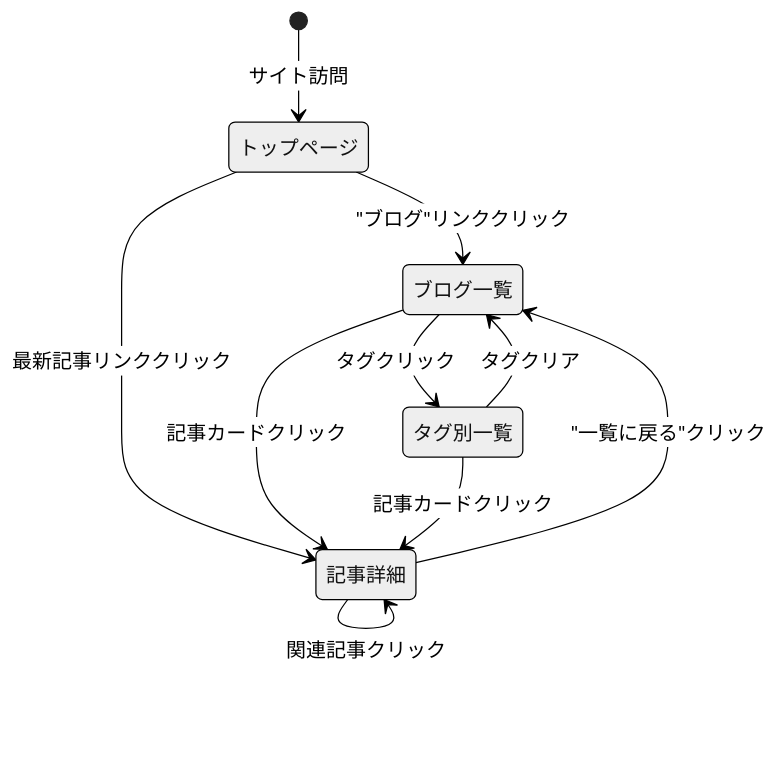
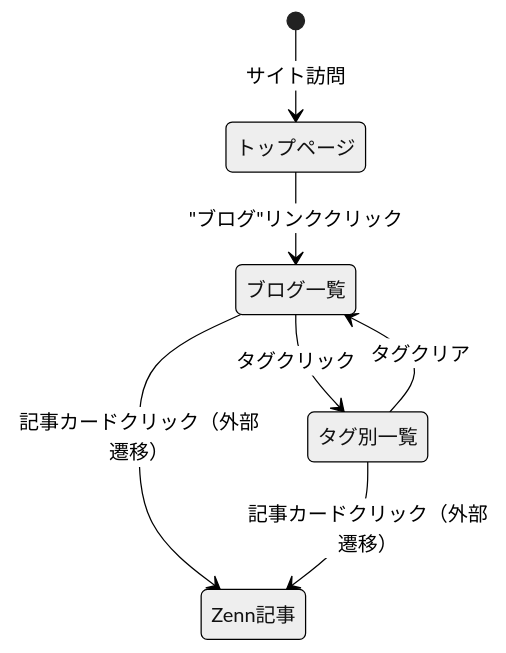
Before and after one commit to m-i-z-L/portfolio: the third of 5 diagrams in docs/functional-design.md, drawn with Mermaid (neutral theme). The commit also changed other lines of this file and 5 other files, not shown here.

````diff
--- a/docs/functional-design.md
+++ b/docs/functional-design.md
@@ -296,12 +283,9 @@
 ```mermaid
 stateDiagram-v2
     [*] --> トップページ: サイト訪問
     トップページ --> ブログ一覧: "ブログ"リンククリック
-    トップページ --> 記事詳細: 最新記事リンククリック
-    ブログ一覧 --> 記事詳細: 記事カードクリック
+    ブログ一覧 --> Zenn記事: 記事カードクリック（外部遷移）
     ブログ一覧 --> タグ別一覧: タグクリック
-    タグ別一覧 --> 記事詳細: 記事カードクリック
+    タグ別一覧 --> Zenn記事: 記事カードクリック（外部遷移）
     タグ別一覧 --> ブログ一覧: タグクリア
-    記事詳細 --> ブログ一覧: "一覧に戻る"クリック
-    記事詳細 --> 記事詳細: 関連記事クリック
 ```
````
